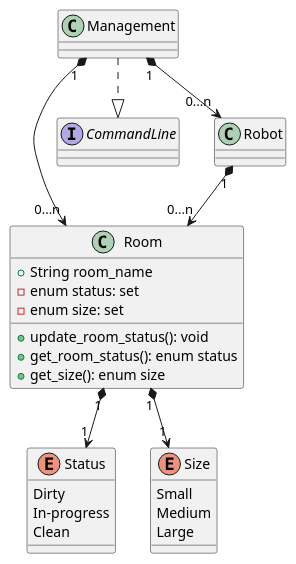
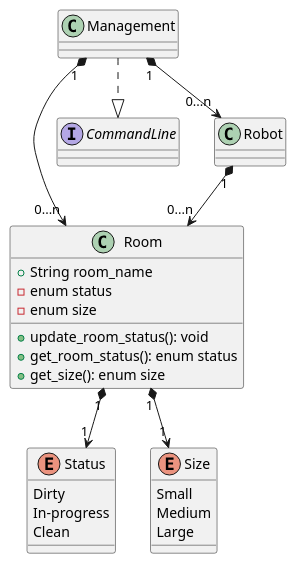
The diagram in docs/design/room_class_diagram.puml (ur-cs-courses/course-project-krykna), drawn with PlantUML before and after one commit.

Commit message:
Removed "set" from status and size in room_class_diagram.puml

```diff
--- a/docs/design/room_class_diagram.puml
+++ b/docs/design/room_class_diagram.puml
@@ -1,31 +1,31 @@
 @startuml
 class Room {
     + String room_name
-    - enum status: set
-    - enum size: set
+    - enum status
+    - enum size
     + update_room_status(): void
     + get_room_status(): enum status
     + get_size(): enum size
 }
 
 enum Status {
     Dirty
     In-progress
     Clean
 }
 
 enum Size {
     Small
     Medium
     Large
 }
 
 interface CommandLine {}
 
 Management "1" *--> "0...n" Room
 Management "1" *--> "0...n" Robot
 Robot "1" *--> "0...n" Room
 Room "1" *--> "1" Status
 Room "1" *--> "1" Size
 Management ..|> CommandLine
 @enduml
```
